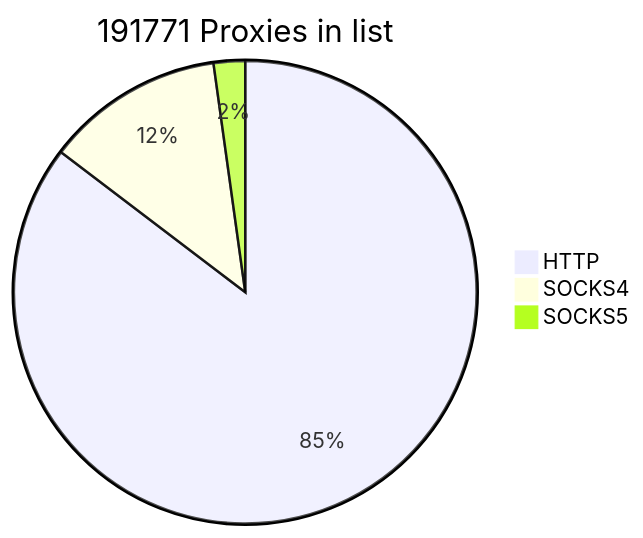
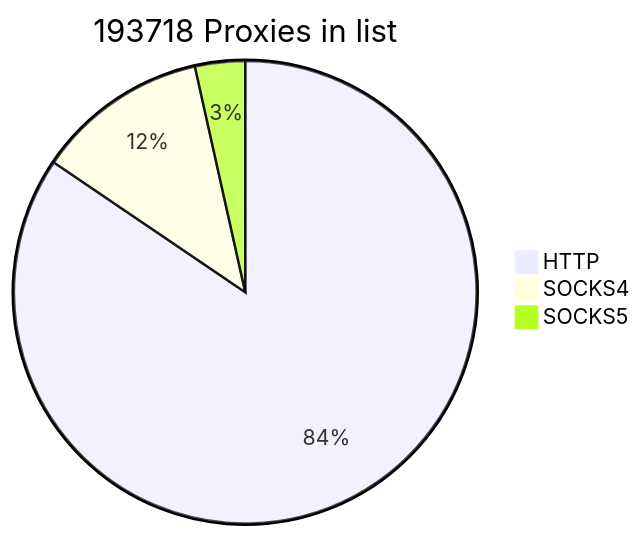
Before and after one commit to cutipu/proxylist: the first of 2 diagrams in README.md, drawn with Mermaid. The commit also changed other lines of this file, not shown here.

````diff
--- a/README.md
+++ b/README.md
@@ -2,7 +2,7 @@
 ```mermaid
-pie title 191771 Proxies in list
+pie title 193718 Proxies in list
     "HTTP" : 163666
-    "SOCKS4" : 23893
-    "SOCKS5" : 4212
+    "SOCKS4" : 23279
+    "SOCKS5" : 6773
             
 ```
````
